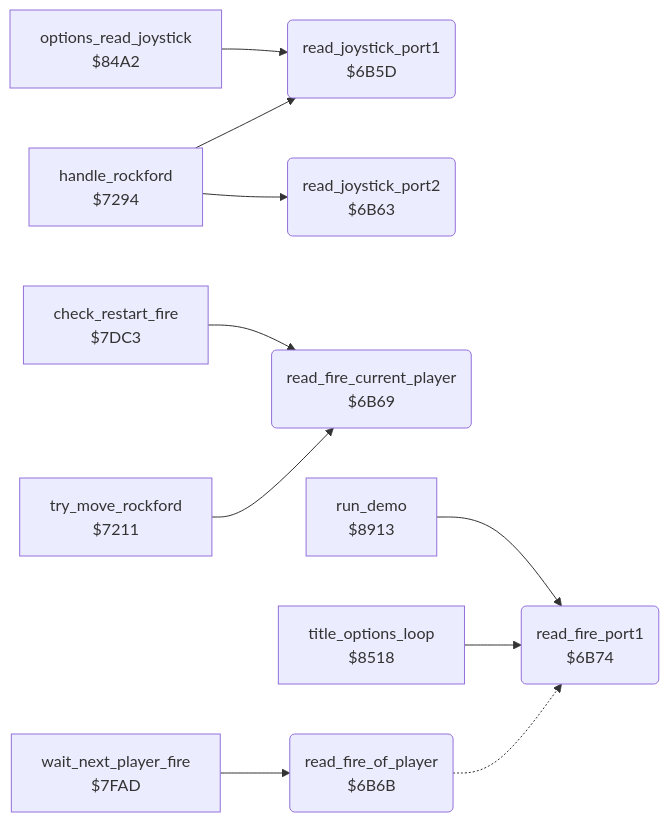
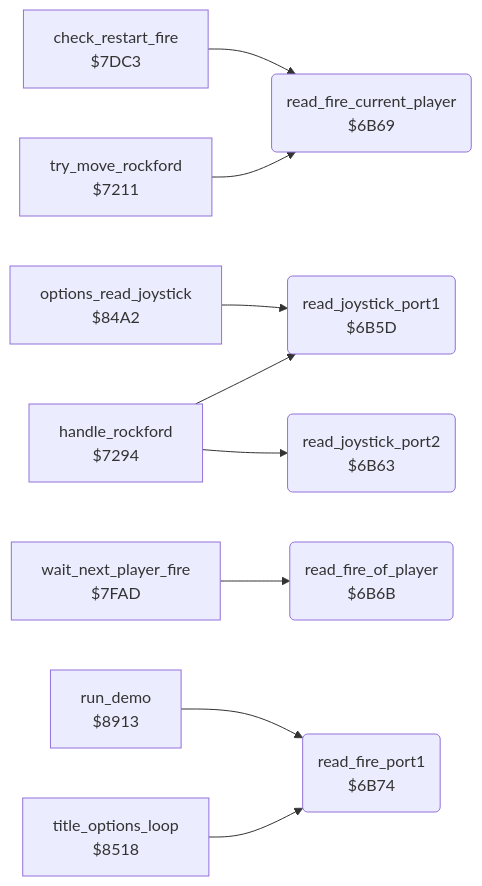
The diagram in boulder_dash/v1/docs/reference/modules/input/joystick.md (henols/c64_games), drawn with Mermaid before and after one commit. The commit also changed other lines of this file and 1100 other files, not shown here.

````diff
--- a/boulder_dash/v1/docs/reference/modules/input/joystick.md
+++ b/boulder_dash/v1/docs/reference/modules/input/joystick.md
@@ -10,24 +20,23 @@
 ```mermaid
 flowchart LR
   n6b5d("read_joystick_port1<br/>$6B5D")
   n6b63("read_joystick_port2<br/>$6B63")
   n6b69("read_fire_current_player<br/>$6B69")
   n6b6b("read_fire_of_player<br/>$6B6B")
   n6b74("read_fire_port1<br/>$6B74")
   n7211["try_move_rockford<br/>$7211"]
   n7294["handle_rockford<br/>$7294"]
   n7dc3["check_restart_fire<br/>$7DC3"]
   n7fad["wait_next_player_fire<br/>$7FAD"]
   n84a2["options_read_joystick<br/>$84A2"]
   n8518["title_options_loop<br/>$8518"]
   n8913["run_demo<br/>$8913"]
-  n6b6b -.-> n6b74
   n7211 --> n6b69
   n7294 --> n6b5d
   n7294 --> n6b63
   n7dc3 --> n6b69
   n7fad --> n6b6b
   n84a2 --> n6b5d
   n8518 --> n6b74
   n8913 --> n6b74
 ```
````
